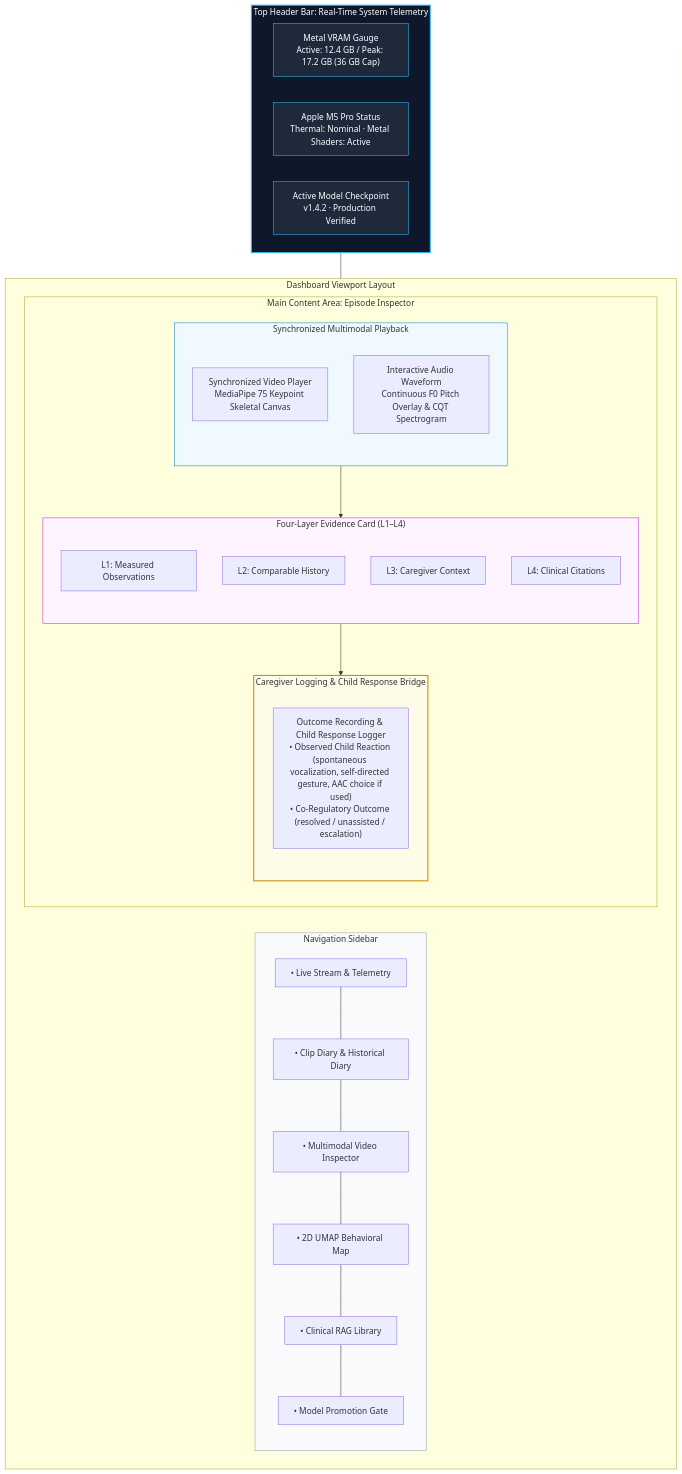
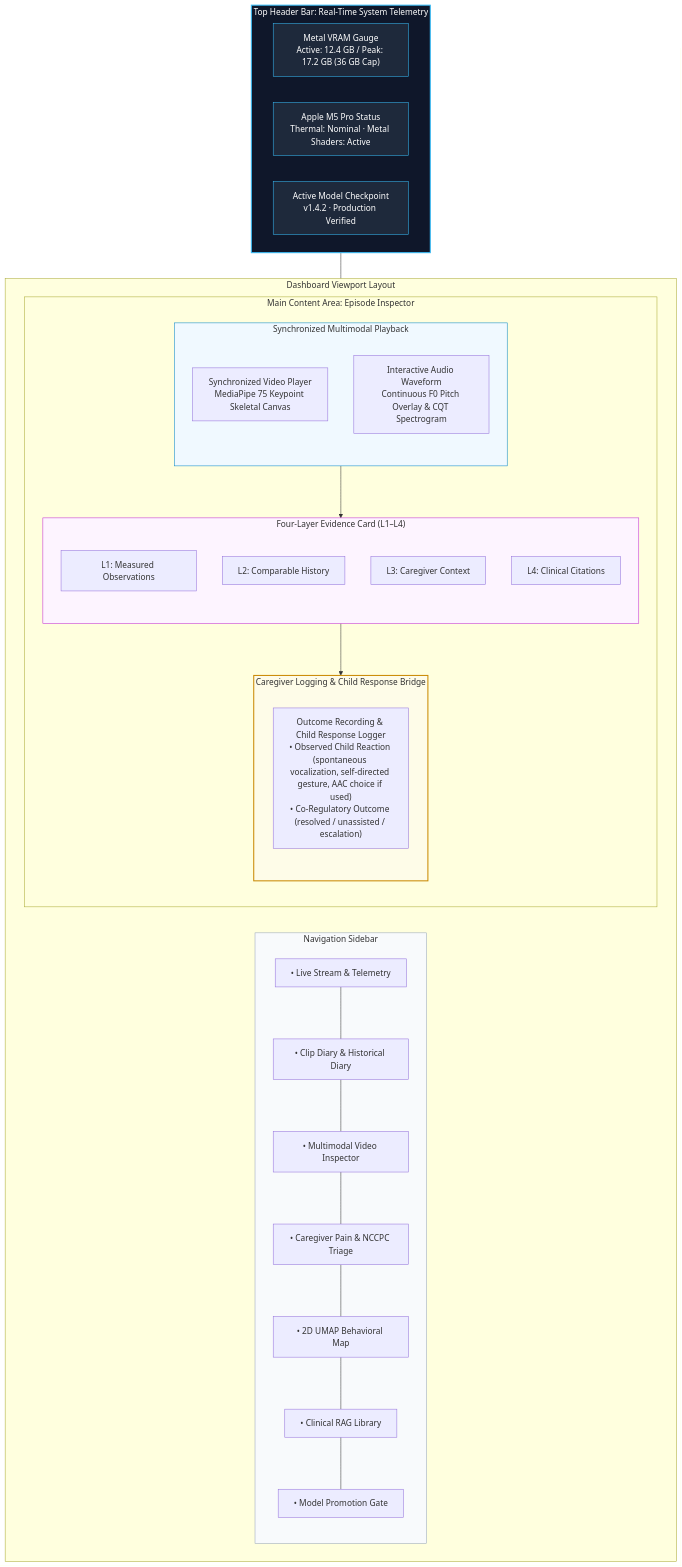
The third of 3 diagrams in docs/SPECS.md (olostan/project_n), drawn with Mermaid before and after one commit. The commit also changed other lines of this file and 14 other files, not shown here.

Commit message:
feat(specs,arch): implement hierarchical clip aggregation, canonical NCCPC, medical-first triage, and unattended vault posture

````diff
--- a/docs/SPECS.md
+++ b/docs/SPECS.md
@@ -380,51 +460,52 @@
 ```mermaid
 graph TD
     subgraph TopBar ["Top Header Bar: Real-Time System Telemetry"]
         VRAM["Metal VRAM Gauge<br/>Active: 12.4 GB / Peak: 17.2 GB (36 GB Cap)"]
         GPU["Apple M5 Pro Status<br/>Thermal: Nominal · Metal Shaders: Active"]
         ModelInfo["Active Model Checkpoint<br/>v1.4.2 · Production Verified"]
     end
 
     subgraph MainLayout ["Dashboard Viewport Layout"]
         subgraph NavSidebar ["Navigation Sidebar"]
             Nav1["• Live Stream & Telemetry"]
             Nav2["• Clip Diary & Historical Diary"]
             Nav3["• Multimodal Video Inspector"]
-            Nav4["• 2D UMAP Behavioral Map"]
-            Nav5["• Clinical RAG Library"]
-            Nav6["• Model Promotion Gate"]
-            Nav1 --- Nav2 --- Nav3 --- Nav4 --- Nav5 --- Nav6
+            Nav4["• Caregiver Pain & NCCPC Triage"]
+            Nav5["• 2D UMAP Behavioral Map"]
+            Nav6["• Clinical RAG Library"]
+            Nav7["• Model Promotion Gate"]
+            Nav1 --- Nav2 --- Nav3 --- Nav4 --- Nav5 --- Nav6 --- Nav7
         end
 
         subgraph ContentArea ["Main Content Area: Episode Inspector"]
             subgraph MediaRow ["Synchronized Multimodal Playback"]
                 VideoBox["Synchronized Video Player<br/>MediaPipe 75 Keypoint Skeletal Canvas"]
                 WaveBox["Interactive Audio Waveform<br/>Continuous F0 Pitch Overlay & CQT Spectrogram"]
             end
 
             subgraph EvidenceRow ["Four-Layer Evidence Card (L1–L4)"]
                 Card1["L1: Measured Observations"]
                 Card2["L2: Comparable History"]
                 Card3["L3: Caregiver Context"]
                 Card4["L4: Clinical Citations"]
             end
 
             subgraph ResponseRow ["Caregiver Logging & Child Response Bridge"]
                 ResponseBox["Outcome Recording & Child Response Logger<br/>• Observed Child Reaction (spontaneous vocalization, self-directed gesture, AAC choice if used)<br/>• Co-Regulatory Outcome (resolved / unassisted / escalation)"]
             end
 
             MediaRow --> EvidenceRow --> ResponseRow
         end
     end
 
     TopBar --- MainLayout
 
     style TopBar fill:#0f172a,stroke:#38bdf8,stroke-width:2px,color:#fff
     style VRAM fill:#1e293b,stroke:#38bdf8,stroke-width:1px,color:#fff
     style GPU fill:#1e293b,stroke:#38bdf8,stroke-width:1px,color:#fff
     style ModelInfo fill:#1e293b,stroke:#38bdf8,stroke-width:1px,color:#fff
     style NavSidebar fill:#f8fafc,stroke:#94a3b8,stroke-width:1px
     style MediaRow fill:#f0f9ff,stroke:#0284c7,stroke-width:1px
     style EvidenceRow fill:#fdf4ff,stroke:#c026d3,stroke-width:1px
     style ResponseRow fill:#fefce8,stroke:#ca8a04,stroke-width:2px
 ```
````
